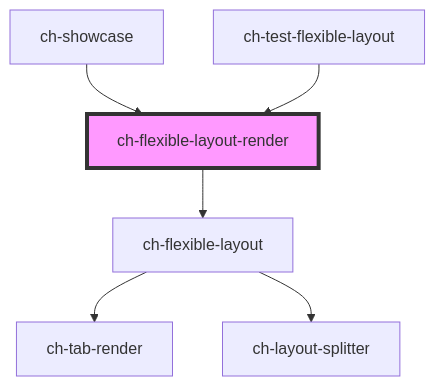
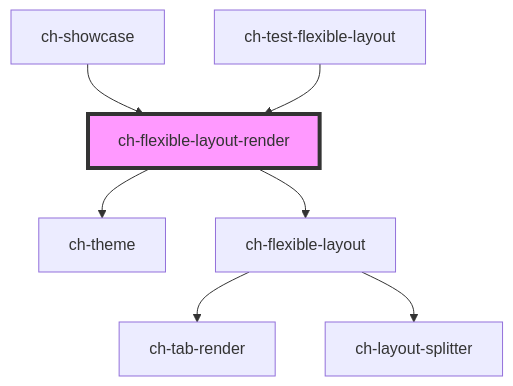
Before and after one commit to genexuslabs/chameleon-controls-library: the diagram in src/components/flexible-layout/readme.md, drawn with Mermaid. The commit also changed other lines of this file and 4 other files, not shown here.

````diff
--- a/src/components/flexible-layout/readme.md
+++ b/src/components/flexible-layout/readme.md
@@ -180,9 +183,10 @@
 ```mermaid
 graph TD;
+  ch-flexible-layout-render --> ch-theme
   ch-flexible-layout-render --> ch-flexible-layout
   ch-flexible-layout --> ch-tab-render
   ch-flexible-layout --> ch-layout-splitter
   ch-showcase --> ch-flexible-layout-render
   ch-test-flexible-layout --> ch-flexible-layout-render
   style ch-flexible-layout-render fill:#f9f,stroke:#333,stroke-width:4px
 ```
````
